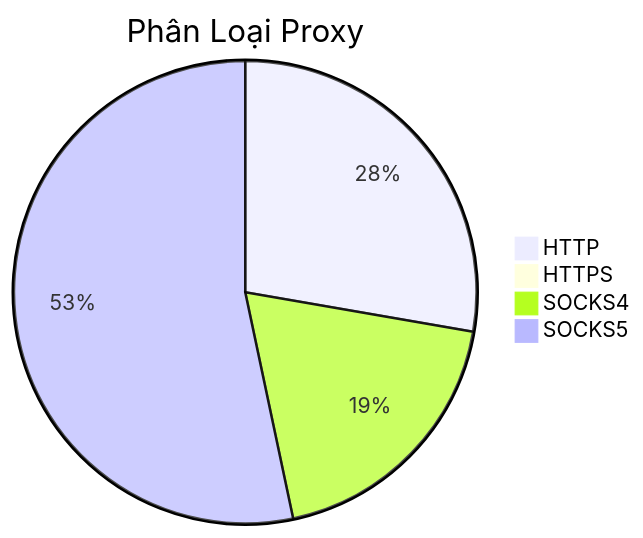
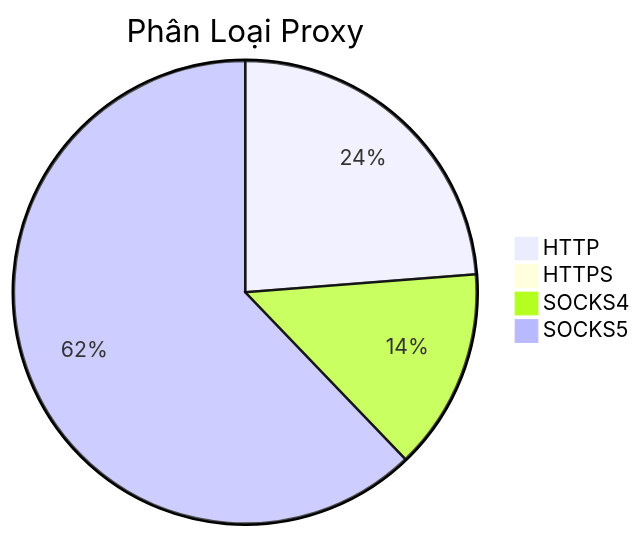
Before and after one commit to Ciara-Aa/PROXY-free: the diagram in README.md, drawn with Mermaid. The commit also changed other lines of this file and 4 other files, not shown here.

````diff
--- a/README.md
+++ b/README.md
@@ -26,7 +26,7 @@
 ```mermaid
 pie title Phân Loại Proxy
-    "HTTP" : 505
-    "HTTPS" : 3
-    "SOCKS4" : 345
-    "SOCKS5" : 971
+    "HTTP" : 544
+    "HTTPS" : 5
+    "SOCKS4" : 322
+    "SOCKS5" : 1423
 ```
````
